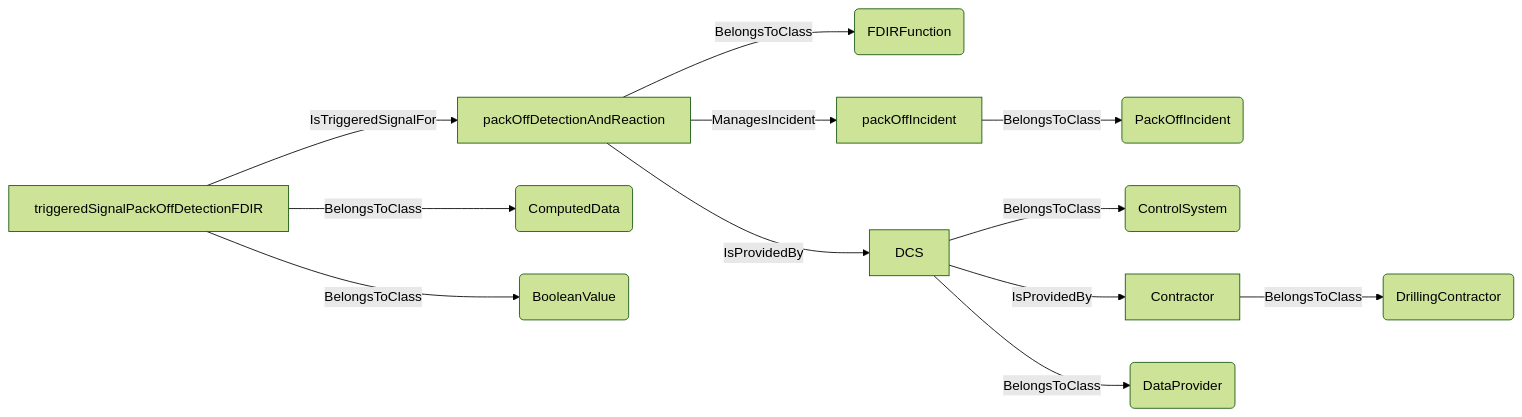
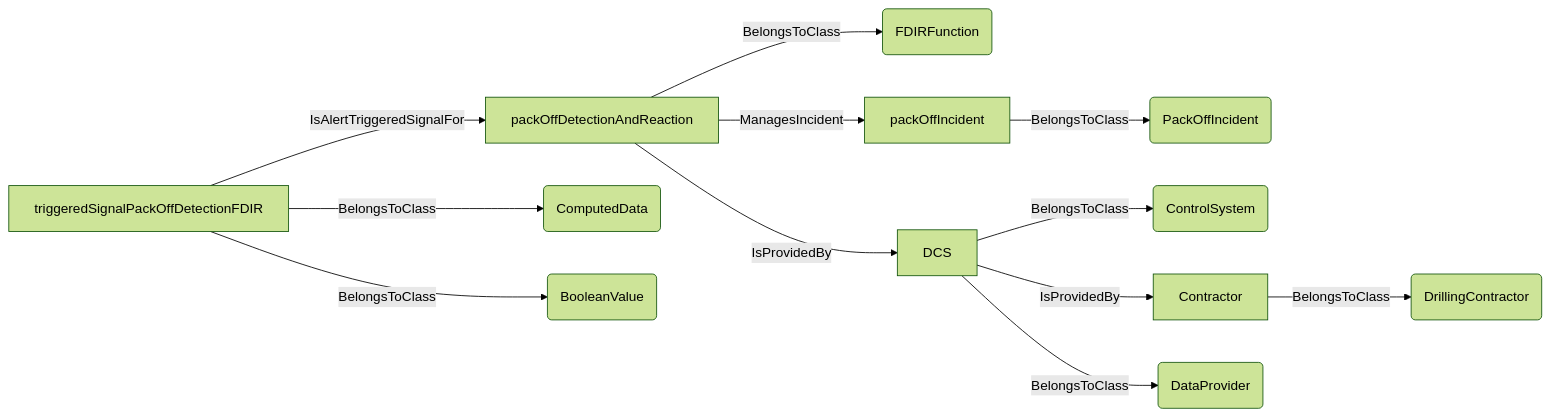
Diagram 18 of 23 in docs/vocabulary_development/auto-generated/md/definition-files/ADCS.md (D-WIS/DDHub-Semantic-Interoperability), drawn with Mermaid (forest theme) before and after one commit. The commit also changed other lines of this file and 11 other files, not shown here.

````diff
--- a/docs/vocabulary_development/auto-generated/md/definition-files/ADCS.md
+++ b/docs/vocabulary_development/auto-generated/md/definition-files/ADCS.md
@@ -911,14 +914,14 @@
 ```mermaid
 graph LR
 	N0000[packOffDetectionAndReaction] -->|BelongsToClass| N0001(FDIRFunction) 
 	N0002[packOffIncident] -->|BelongsToClass| N0003(PackOffIncident) 
 	N0000[packOffDetectionAndReaction] -->|ManagesIncident| N0002[packOffIncident] 
 	N0004[DCS] -->|BelongsToClass| N0005(ControlSystem) 
 	N0006[Contractor] -->|BelongsToClass| N0007(DrillingContractor) 
 	N0004[DCS] -->|IsProvidedBy| N0006[Contractor] 
 	N0004[DCS] -->|BelongsToClass| N0008(DataProvider) 
 	N0000[packOffDetectionAndReaction] -->|IsProvidedBy| N0004[DCS] 
 	N0009[triggeredSignalPackOffDetectionFDIR] -->|BelongsToClass| N0010(ComputedData) 
 	N0009[triggeredSignalPackOffDetectionFDIR] -->|BelongsToClass| N0011(BooleanValue) 
-	N0009[triggeredSignalPackOffDetectionFDIR] -->|IsTriggeredSignalFor| N0000[packOffDetectionAndReaction] 
+	N0009[triggeredSignalPackOffDetectionFDIR] -->|IsAlertTriggeredSignalFor| N0000[packOffDetectionAndReaction] 
 ```
````
